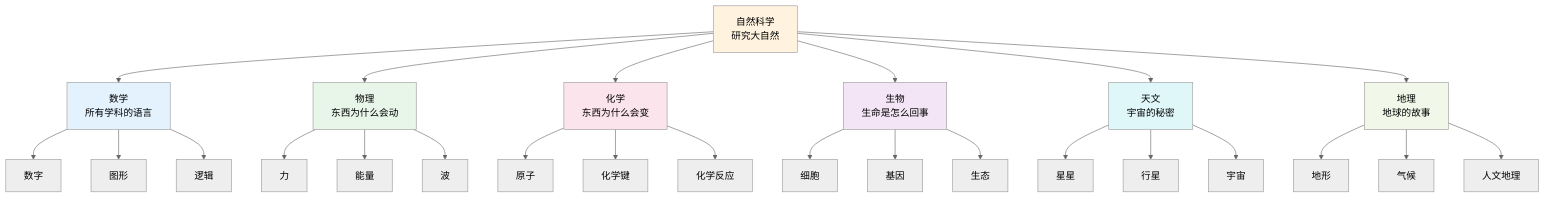
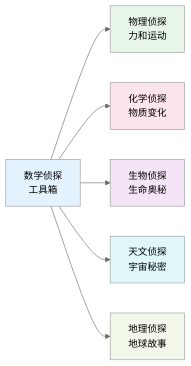
The first of 3 diagrams in content/natural-sciences/index.md (wxyClark/wxyClark.github.io), drawn with Mermaid (neutral theme) before and after one commit. The commit also changed other lines of this file and 11 other files, not shown here.

````diff
--- a/content/natural-sciences/index.md
+++ b/content/natural-sciences/index.md
@@ -22,41 +27,22 @@
 ```mermaid
-graph TB
-    TOP[自然科学<br/>研究大自然] --> MATH[数学<br/>所有学科的语言]
-    TOP --> PHYS[物理<br/>东西为什么会动]
-    TOP --> CHEM[化学<br/>东西为什么会变]
-    TOP --> BIO[生物<br/>生命是怎么回事]
-    TOP --> AST[天文<br/>宇宙的秘密]
-    TOP --> GEO[地理<br/>地球的故事]
-
-    MATH --> NUM[数字]
-    MATH --> SHAPE[图形]
-    MATH --> LOGIC[逻辑]
-
-    PHYS --> FORCE[力]
-    PHYS --> ENERGY[能量]
-    PHYS --> WAVE[波]
-
-    CHEM --> ATOM[原子]
-    CHEM --> BOND[化学键]
-    CHEM --> REACT[化学反应]
-
-    BIO --> CELL[细胞]
-    BIO --> GENE[基因]
-    BIO --> ECO[生态]
-
-    AST --> STAR[星星]
-    AST --> PLANET[行星]
-    AST --> UNIVERSE[宇宙]
-
-    GEO --> LAND[地形]
-    GEO --> CLIMATE[气候]
-    GEO --> HUMAN[人文地理]
-
-    style TOP fill:#fff3e0
+flowchart LR
+    MATH[数学侦探<br/>工具箱]
+    PHYS[物理侦探<br/>力和运动]
+    CHEM[化学侦探<br/>物质变化]
+    BIO[生物侦探<br/>生命奥秘]
+    AST[天文侦探<br/>宇宙秘密]
+    GEO[地理侦探<br/>地球故事]
+    
+    MATH --> PHYS
+    MATH --> CHEM
+    MATH --> BIO
+    MATH --> AST
+    MATH --> GEO
+    
     style MATH fill:#e3f2fd
     style PHYS fill:#e8f5e9
     style CHEM fill:#fce4ec
     style BIO fill:#f3e5f5
     style AST fill:#e0f7fa
     style GEO fill:#f1f8e9
 ```
````
